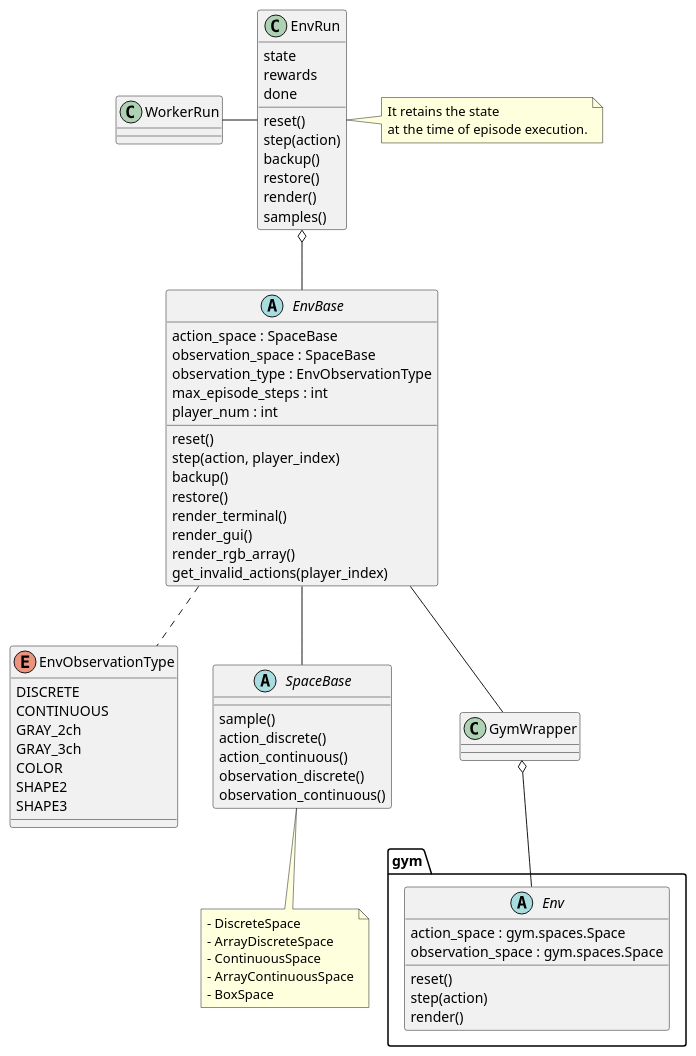
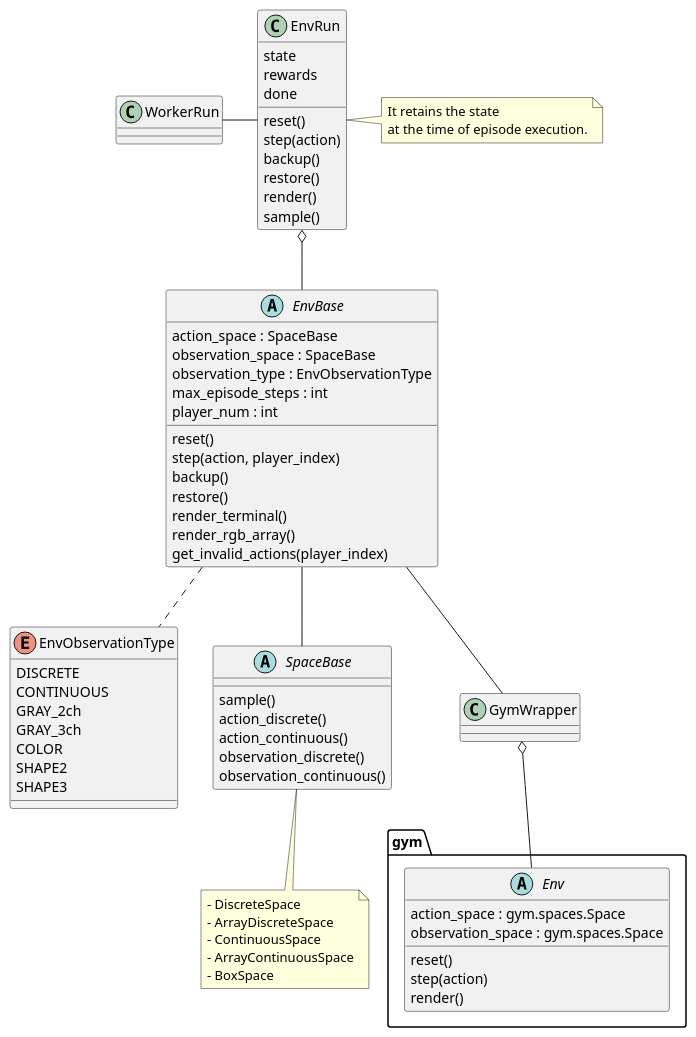
One commit to pocokhc/simple_distributed_rl changed the diagram in diagrams/class_env.pu. Above: the diagram before and after it, drawn with PlantUML. The commit also changed 36 other files, not shown here.

```diff
--- a/diagrams/class_env.pu
+++ b/diagrams/class_env.pu
@@ -1,90 +1,89 @@
 @startuml class_env
 
 enum EnvObservationType {
     DISCRETE
     CONTINUOUS
     GRAY_2ch
     GRAY_3ch
     COLOR
     SHAPE2
     SHAPE3
 }
 
 
 abstract SpaceBase {
     sample()
     action_discrete()
     action_continuous()
     observation_discrete()
     observation_continuous()
 }
 
 note as SpaceMemo
 - DiscreteSpace
 - ArrayDiscreteSpace
 - ContinuousSpace
 - ArrayContinuousSpace
 - BoxSpace
 end note
 
 SpaceBase <|-- SpaceMemo
 
 
 abstract EnvBase {
     action_space : SpaceBase
     observation_space : SpaceBase
     observation_type : EnvObservationType
     max_episode_steps : int
     player_num : int
     reset()
     step(action, player_index)
     backup()
     restore()
     render_terminal()
-    render_gui()
     render_rgb_array()
     get_invalid_actions(player_index)
 } 
 
 EnvBase .. EnvObservationType
 EnvBase -- SpaceBase
 
 
 abstract gym.Env {
     action_space : gym.spaces.Space
     observation_space : gym.spaces.Space
     reset()
     step(action)
     render()
 }
 class GymWrapper {}
 
 GymWrapper o-- gym.Env
 EnvBase -- GymWrapper
 
 abstract SpaceBase {
 
 }
 
 class EnvRun {
     state
     rewards
     done
     reset()
     step(action)
     backup()
     restore()
     render()
-    samples()
+    sample()
 }
 EnvRun o-- EnvBase
 
 note "It retains the state \nat the time of episode execution." as EnvRunMemo
 EnvRun . EnvRunMemo
 
 
 class WorkerRun {}
 WorkerRun - EnvRun
 
 
 @enduml
```
